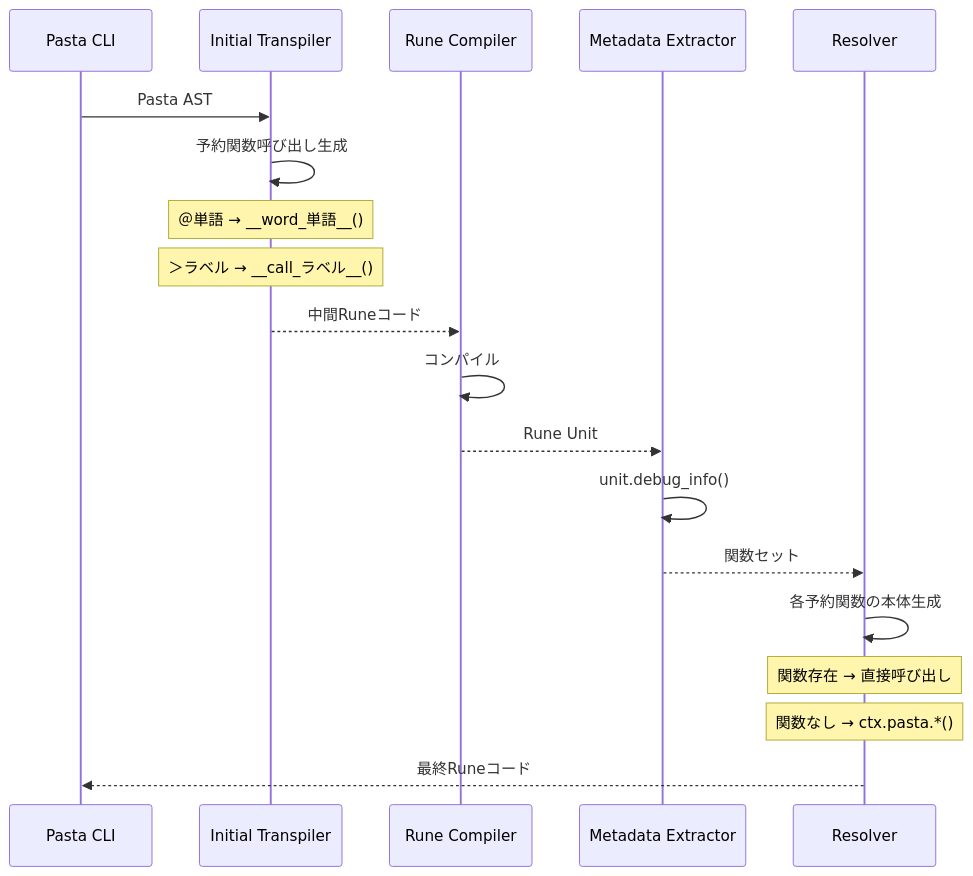
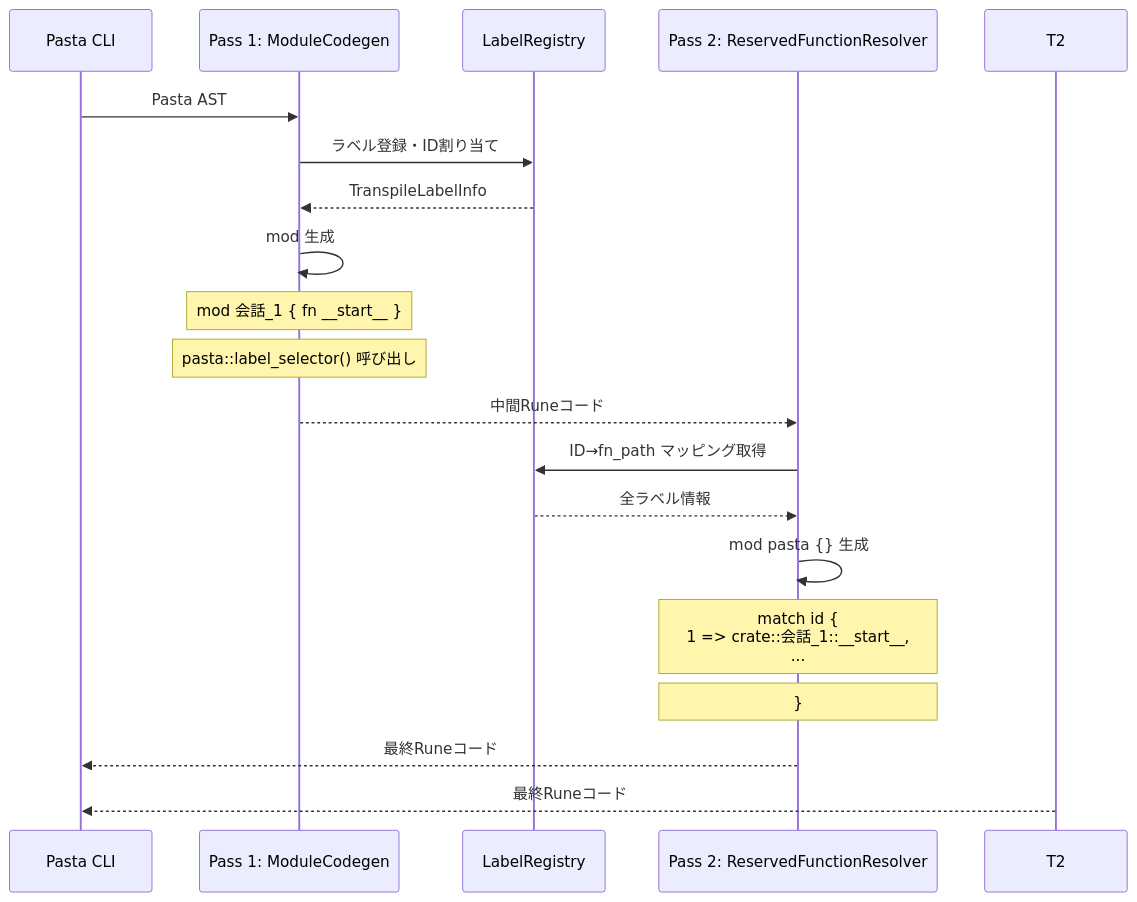
One commit to ekicyou/dcomp_sample-rs changed the second of 4 diagrams in .kiro/specs/pasta-declarative-control-flow/design.md. Above: the diagram before and after it, drawn with Mermaid. The commit also changed other lines of this file, not shown here.

Commit message:
Clarify 2-pass transpiler boundary: Pass1=DSL->mod, Pass2=mod pasta{} generation

````diff
--- a/.kiro/specs/pasta-declarative-control-flow/design.md
+++ b/.kiro/specs/pasta-declarative-control-flow/design.md
@@ -128,25 +138,25 @@
 ```mermaid
 sequenceDiagram
     participant CLI as Pasta CLI
-    participant T1 as Initial Transpiler
-    participant RC as Rune Compiler
-    participant META as Metadata Extractor
-    participant T2 as Resolver
+    participant P1 as Pass 1: ModuleCodegen
+    participant REG as LabelRegistry
+    participant P2 as Pass 2: ReservedFunctionResolver
     
-    CLI->>T1: Pasta AST
-    T1->>T1: 予約関数呼び出し生成
-    Note over T1: ＠単語 → __word_単語__()
-    Note over T1: ＞ラベル → __call_ラベル__()
-    T1-->>RC: 中間Runeコード
+    CLI->>P1: Pasta AST
+    P1->>REG: ラベル登録・ID割り当て
+    REG-->>P1: TranspileLabelInfo
     
-    RC->>RC: コンパイル
-    RC-->>META: Rune Unit
+    P1->>P1: mod 生成
+    Note over P1: mod 会話_1 { fn __start__ }
+    Note over P1: pasta::label_selector() 呼び出し
+    P1-->>P2: 中間Runeコード
     
-    META->>META: unit.debug_info()
-    META-->>T2: 関数セット
+    P2->>REG: ID→fn_path マッピング取得
+    REG-->>P2: 全ラベル情報
     
-    T2->>T2: 各予約関数の本体生成
-    Note over T2: 関数存在 → 直接呼び出し
-    Note over T2: 関数なし → ctx.pasta.*()
+    P2->>P2: mod pasta {} 生成
+    Note over P2: match id {<br/>  1 => crate::会話_1::__start__,<br/>  ...
+    Note over P2: }
+    P2-->>CLI: 最終Runeコード
     T2-->>CLI: 最終Runeコード
 ```
````
